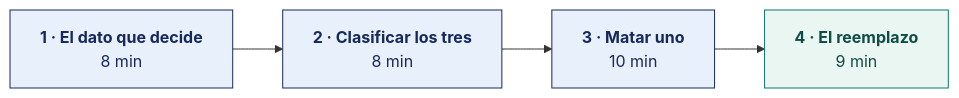
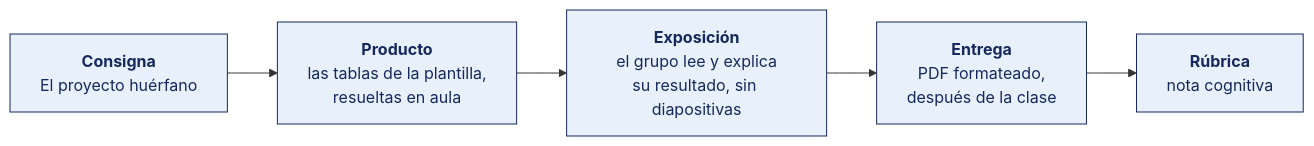
One commit to OscarJimenezFlores/PETI changed the diagram in SEMANA-03/2-DINAMICA.md. Above: the diagram before and after it, drawn with Mermaid. The commit also changed other lines of this file and 13 other files, not shown here.

````diff
--- a/SEMANA-03/2-DINAMICA.md
+++ b/SEMANA-03/2-DINAMICA.md
@@ -27,12 +13,11 @@
 ```mermaid
 flowchart LR
-    P1["<b>1 · El dato que decide</b><br/>8 min"]
-    P2["<b>2 · Clasificar los tres</b><br/>8 min"]
-    P3["<b>3 · Matar uno</b><br/>10 min"]
-    P4["<b>4 · El reemplazo</b><br/>9 min"]
-    P1 --> P2 --> P3 --> P4
+    C["<b>Consigna</b><br/>El proyecto huérfano"]
+    P["<b>Producto</b><br/>las tablas de la plantilla,<br/>resueltas en aula"]
+    E["<b>Exposición</b><br/>el grupo lee y explica<br/>su resultado, sin diapositivas"]
+    G["<b>Entrega</b><br/>PDF formateado,<br/>después de la clase"]
+    R["<b>Rúbrica</b><br/>nota cognitiva"]
+    C --> P --> E --> G --> R
     classDef d fill:#E8F1FB,stroke:#16285C,stroke-width:1px,color:#16285C;
-    classDef f fill:#E9F6F2,stroke:#0F766E,stroke-width:1px,color:#0F4C46;
-    class P1,P2,P3 d;
-    class P4 f;
+    class C,P,E,G,R d;
 ```
````
